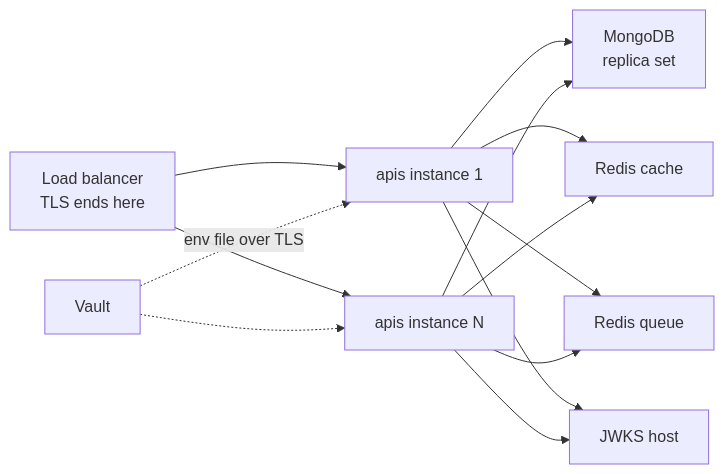
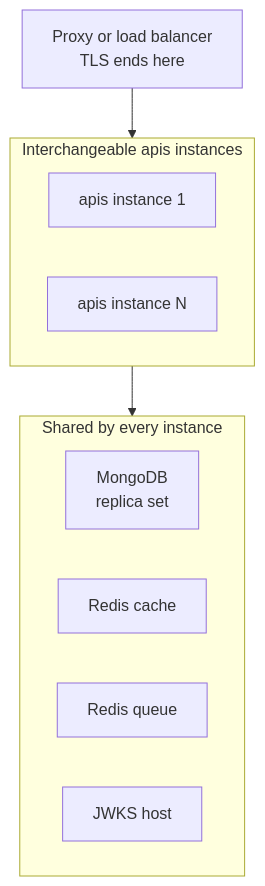
Before and after one commit to andrechristikan/ack-nestjs-boilerplate: the first of 2 diagrams in docs/production.md, drawn with Mermaid. The commit also changed other lines of this file and 35 other files, not shown here.

Commit message:
docs: draw every diagram top to bottom and match each to its page

````diff
--- a/docs/production.md
+++ b/docs/production.md
@@ -56,15 +58,16 @@
 ```mermaid
-flowchart LR
-    LB["Load balancer<br/>TLS ends here"] --> A1["apis instance 1"]
-    LB --> A2["apis instance N"]
-    A1 --> MONGO["MongoDB<br/>replica set"]
-    A1 --> RC["Redis cache"]
-    A1 --> RQ["Redis queue"]
-    A1 --> JWKS["JWKS host"]
-    A2 --> MONGO
-    A2 --> RC
-    A2 --> RQ
-    A2 --> JWKS
-    VAULT["Vault"] -.->|"env file over TLS"| A1
-    VAULT -.-> A2
+flowchart TB
+    LB["Proxy or load balancer<br/>TLS ends here"]
+    subgraph APIS["Interchangeable apis instances"]
+        A1["apis instance 1"]
+        A2["apis instance N"]
+    end
+    subgraph SHARED["Shared by every instance"]
+        MONGO["MongoDB<br/>replica set"]
+        RC["Redis cache"]
+        RQ["Redis queue"]
+        JWKS["JWKS host"]
+    end
+    LB --> APIS
+    APIS --> SHARED
 ```
````
